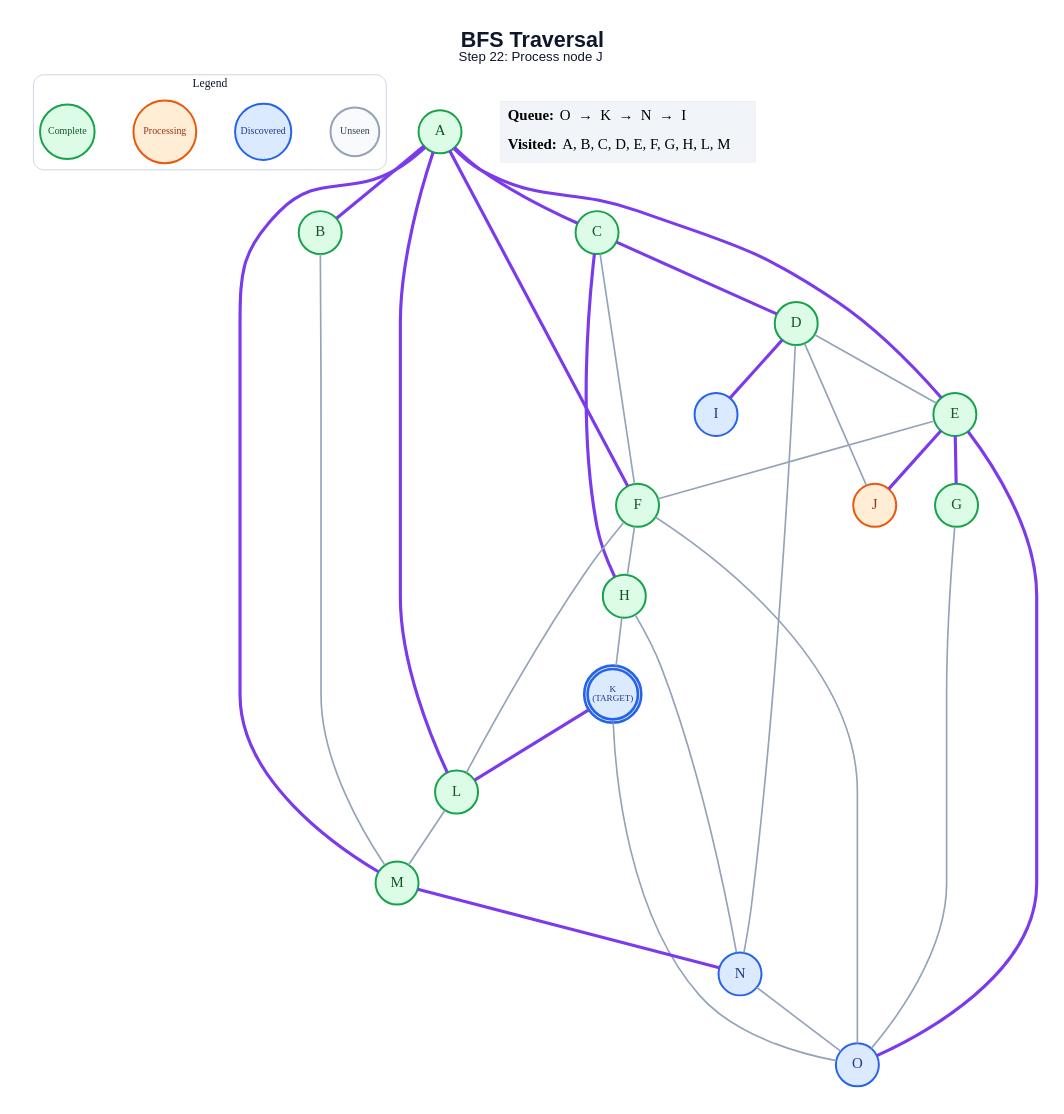
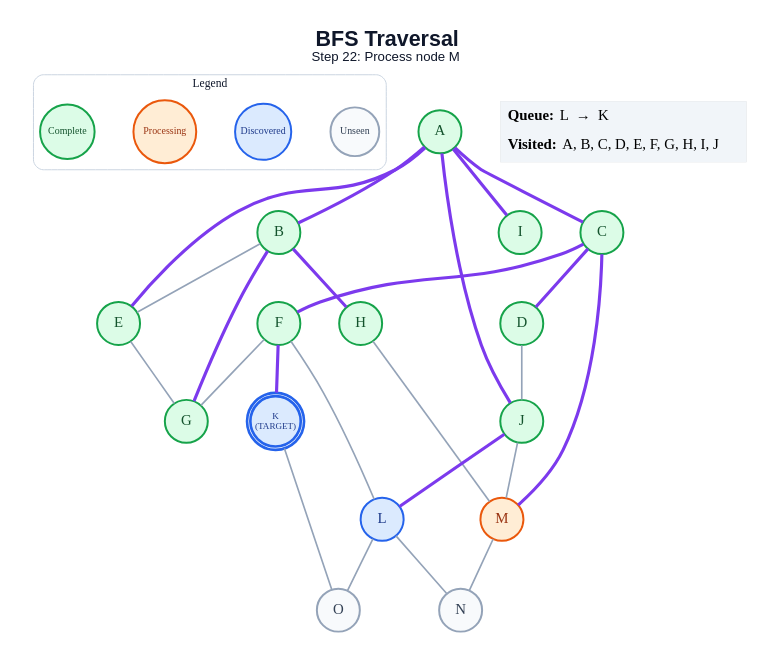
Before and after one commit to anon7238593-create/ai-slop: the diagram in generated/specific-node/bfs/step_22.dot, drawn with Graphviz. The commit also changed 289 other files, not shown here.

```diff
--- a/generated/specific-node/bfs/step_22.dot
+++ b/generated/specific-node/bfs/step_22.dot
@@ -1,63 +1,57 @@
 graph traversal {
   graph [layout=dot, rankdir=TB, bgcolor="#FFFFFF", pad="0.35", nodesep="0.65", ranksep="0.8", fontname="Arial"];
   node [shape=circle, style="filled", fontname="Arial Bold", fontsize=18, width=0.72, fixedsize=true, penwidth=2.4];
   edge [color="#94A3B8", penwidth=2.0];
-  label=<<B>BFS Traversal</B><BR/><FONT POINT-SIZE="16">Step 22: Process node J</FONT>>; labelloc="t"; fontsize=26; fontname="Arial"; fontcolor="#0F172A";
+  label=<<B>BFS Traversal</B><BR/><FONT POINT-SIZE="16">Step 22: Process node M</FONT>>; labelloc="t"; fontsize=26; fontname="Arial"; fontcolor="#0F172A";
   subgraph cluster_legend { label="Legend"; color="#CBD5E1"; penwidth=1.2; style="rounded"; fontsize=14; fontname="Arial Bold";
     key_unseen [label="Unseen", fillcolor="#F8FAFC", color="#94A3B8", fontcolor="#334155", fontsize=12, width=0.82];
     key_frontier [label="Discovered", fillcolor="#DBEAFE", color="#2563EB", fontcolor="#1E3A8A", fontsize=12, width=0.95];
     key_current [label="Processing", fillcolor="#FFEDD5", color="#EA580C", fontcolor="#9A3412", fontsize=12, width=1.05];
     key_done [label="Complete", fillcolor="#DCFCE7", color="#16A34A", fontcolor="#14532D", fontsize=12, width=0.92];
     { rank=same; key_unseen; key_frontier; key_current; key_done; }
   }
   A [label="A", fillcolor="#DCFCE7", color="#16A34A", fontcolor="#14532D", peripheries=1, penwidth=2.4];
   B [label="B", fillcolor="#DCFCE7", color="#16A34A", fontcolor="#14532D", peripheries=1, penwidth=2.4];
   C [label="C", fillcolor="#DCFCE7", color="#16A34A", fontcolor="#14532D", peripheries=1, penwidth=2.4];
   D [label="D", fillcolor="#DCFCE7", color="#16A34A", fontcolor="#14532D", peripheries=1, penwidth=2.4];
   E [label="E", fillcolor="#DCFCE7", color="#16A34A", fontcolor="#14532D", peripheries=1, penwidth=2.4];
   F [label="F", fillcolor="#DCFCE7", color="#16A34A", fontcolor="#14532D", peripheries=1, penwidth=2.4];
   G [label="G", fillcolor="#DCFCE7", color="#16A34A", fontcolor="#14532D", peripheries=1, penwidth=2.4];
   H [label="H", fillcolor="#DCFCE7", color="#16A34A", fontcolor="#14532D", peripheries=1, penwidth=2.4];
-  I [label="I", fillcolor="#DBEAFE", color="#2563EB", fontcolor="#1E3A8A", peripheries=1, penwidth=2.4];
-  J [label="J", fillcolor="#FFEDD5", color="#EA580C", fontcolor="#9A3412", peripheries=1, penwidth=2.4];
+  I [label="I", fillcolor="#DCFCE7", color="#16A34A", fontcolor="#14532D", peripheries=1, penwidth=2.4];
+  J [label="J", fillcolor="#DCFCE7", color="#16A34A", fontcolor="#14532D", peripheries=1, penwidth=2.4];
   K [label="K\n(TARGET)", fillcolor="#DBEAFE", color="#2563EB", fontcolor="#1E3A8A", peripheries=2, penwidth=3.2, fontsize=11, width=0.85, height=0.85];
-  L [label="L", fillcolor="#DCFCE7", color="#16A34A", fontcolor="#14532D", peripheries=1, penwidth=2.4];
-  M [label="M", fillcolor="#DCFCE7", color="#16A34A", fontcolor="#14532D", peripheries=1, penwidth=2.4];
-  N [label="N", fillcolor="#DBEAFE", color="#2563EB", fontcolor="#1E3A8A", peripheries=1, penwidth=2.4];
-  O [label="O", fillcolor="#DBEAFE", color="#2563EB", fontcolor="#1E3A8A", peripheries=1, penwidth=2.4];
+  L [label="L", fillcolor="#DBEAFE", color="#2563EB", fontcolor="#1E3A8A", peripheries=1, penwidth=2.4];
+  M [label="M", fillcolor="#FFEDD5", color="#EA580C", fontcolor="#9A3412", peripheries=1, penwidth=2.4];
+  N [label="N", fillcolor="#F8FAFC", color="#94A3B8", fontcolor="#334155", peripheries=1, penwidth=2.4];
+  O [label="O", fillcolor="#F8FAFC", color="#94A3B8", fontcolor="#334155", peripheries=1, penwidth=2.4];
   A -- B [color="#7C3AED", penwidth=3.8];
   A -- C [color="#7C3AED", penwidth=3.8];
   A -- E [color="#7C3AED", penwidth=3.8];
-  A -- F [color="#7C3AED", penwidth=3.8];
-  A -- L [color="#7C3AED", penwidth=3.8];
-  A -- M [color="#7C3AED", penwidth=3.8];
-  B -- M;
+  A -- I [color="#7C3AED", penwidth=3.8];
+  A -- J [color="#7C3AED", penwidth=3.8];
+  B -- E;
+  B -- G [color="#7C3AED", penwidth=3.8];
+  B -- H [color="#7C3AED", penwidth=3.8];
   C -- D [color="#7C3AED", penwidth=3.8];
-  C -- F;
-  C -- H [color="#7C3AED", penwidth=3.8];
-  D -- E;
-  D -- I [color="#7C3AED", penwidth=3.8];
+  C -- F [color="#7C3AED", penwidth=3.8];
+  C -- M [color="#7C3AED", penwidth=3.8];
   D -- J;
-  D -- N;
-  E -- F;
-  E -- G [color="#7C3AED", penwidth=3.8];
-  E -- J [color="#7C3AED", penwidth=3.8];
-  E -- O [color="#7C3AED", penwidth=3.8];
-  F -- H;
+  E -- G;
+  F -- G;
+  F -- K [color="#7C3AED", penwidth=3.8];
   F -- L;
-  F -- O;
-  G -- O;
-  H -- K;
-  H -- N;
-  K -- L [color="#7C3AED", penwidth=3.8];
+  H -- M;
+  J -- L [color="#7C3AED", penwidth=3.8];
+  J -- M;
   K -- O;
-  L -- M;
-  M -- N [color="#7C3AED", penwidth=3.8];
-  N -- O;
+  L -- N;
+  L -- O;
+  M -- N;
   status [shape=plain, fixedsize=false, width=0, height=0, margin=0, label=<
     <TABLE BORDER="0" CELLBORDER="0" CELLPADDING="7" BGCOLOR="#F1F5F9">
-      <TR><TD ALIGN="LEFT"><B>Queue:</B> O  →  K  →  N  →  I</TD></TR>
-      <TR><TD ALIGN="LEFT"><B>Visited:</B> A, B, C, D, E, F, G, H, L, M</TD></TR>
+      <TR><TD ALIGN="LEFT"><B>Queue:</B> L  →  K</TD></TR>
+      <TR><TD ALIGN="LEFT"><B>Visited:</B> A, B, C, D, E, F, G, H, I, J</TD></TR>
     </TABLE>
   >];
 }
```
